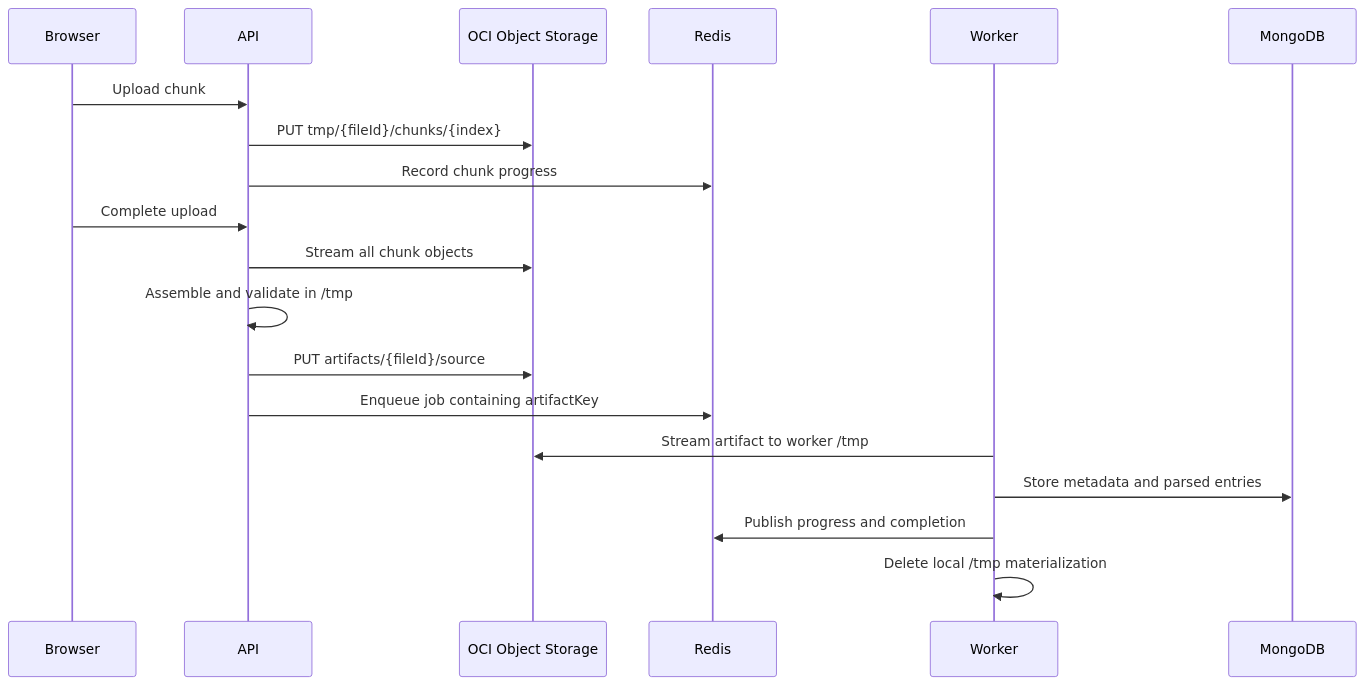
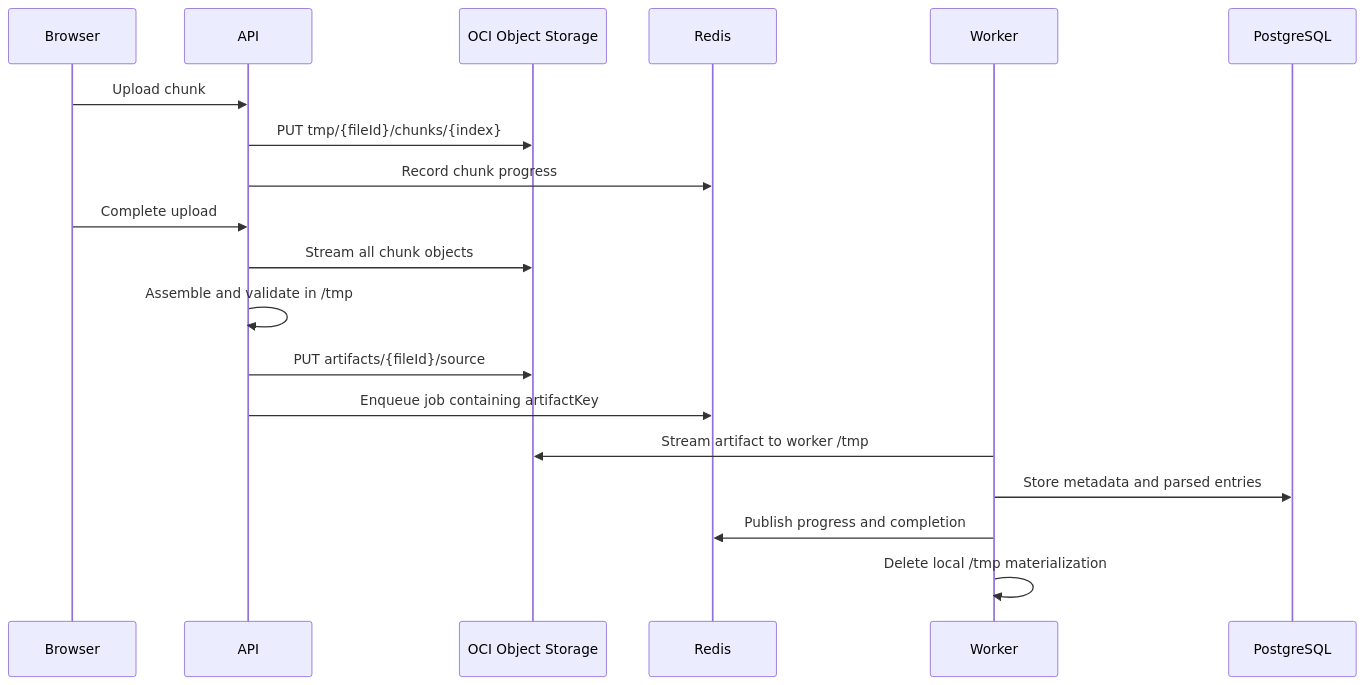
One commit to swarnim-sawane/HAR-File-Analyser changed the second of 2 diagrams in docs/OCI_GENAI_HOSTED_DEPLOYMENT.md. Above: the diagram before and after it, drawn with Mermaid. The commit also changed other lines of this file and 51 other files, not shown here.

Commit message:
feat: migrate hosted persistence to PostgreSQL

````diff
--- a/docs/OCI_GENAI_HOSTED_DEPLOYMENT.md
+++ b/docs/OCI_GENAI_HOSTED_DEPLOYMENT.md
@@ -98,22 +99,22 @@
 ```mermaid
 sequenceDiagram
     participant Browser
     participant API
     participant ObjectStorage as OCI Object Storage
     participant Redis
     participant Worker
-    participant MongoDB
+    participant PostgreSQL
 
     Browser->>API: Upload chunk
     API->>ObjectStorage: PUT tmp/{fileId}/chunks/{index}
     API->>Redis: Record chunk progress
     Browser->>API: Complete upload
     API->>ObjectStorage: Stream all chunk objects
     API->>API: Assemble and validate in /tmp
     API->>ObjectStorage: PUT artifacts/{fileId}/source
     API->>Redis: Enqueue job containing artifactKey
     Worker->>ObjectStorage: Stream artifact to worker /tmp
-    Worker->>MongoDB: Store metadata and parsed entries
+    Worker->>PostgreSQL: Store metadata and parsed entries
     Worker->>Redis: Publish progress and completion
     Worker->>Worker: Delete local /tmp materialization
 ```
````
